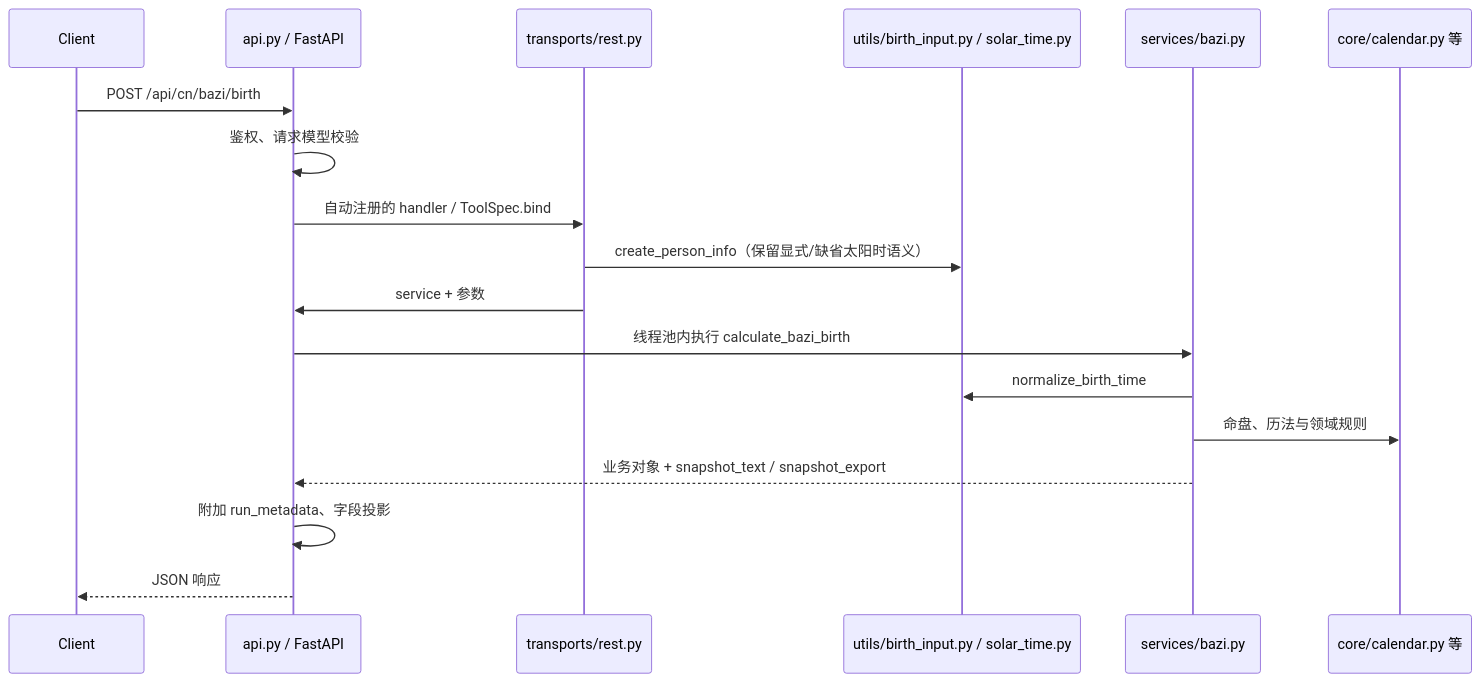
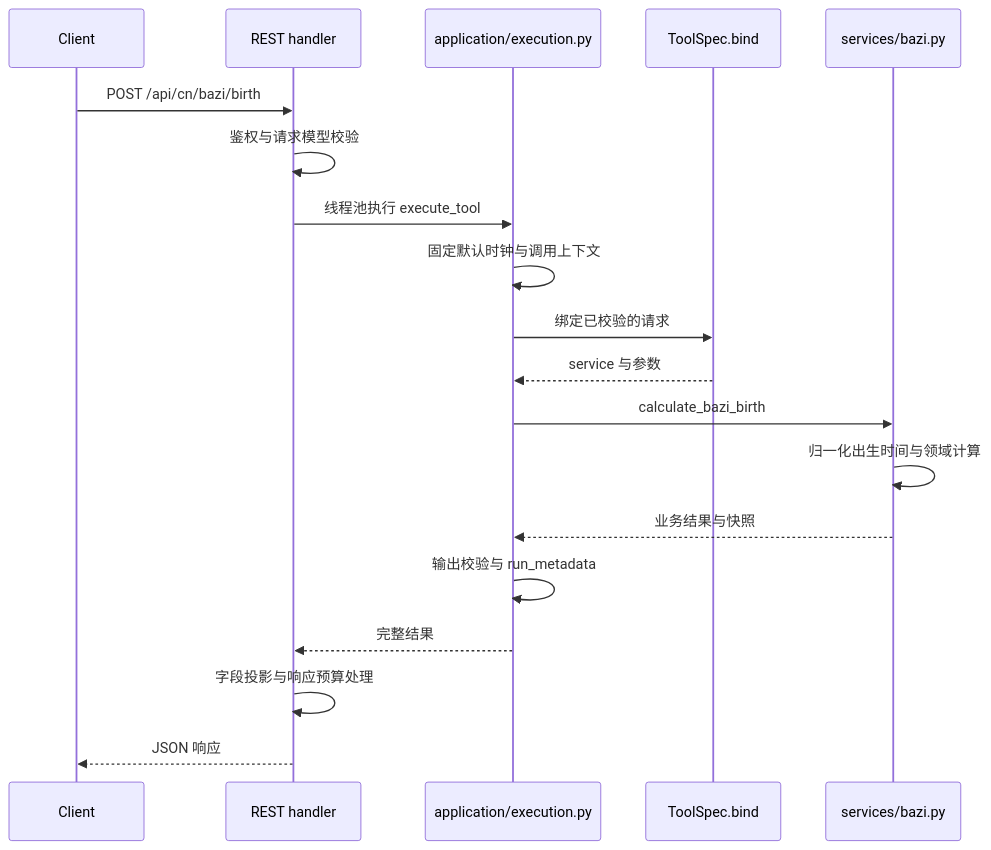
The second of 2 diagrams in docs/architecture.md (thomas-yanxin/FateBridge), drawn with Mermaid before and after one commit. The commit also changed other lines of this file and 164 other files, not shown here.

````diff
--- a/docs/architecture.md
+++ b/docs/architecture.md
@@ -60,20 +66,21 @@
 ```mermaid
 sequenceDiagram
     participant C as Client
-    participant A as api.py / FastAPI
-    participant R as transports/rest.py
-    participant H as utils/birth_input.py / solar_time.py
+    participant R as REST handler
+    participant E as application/execution.py
+    participant B as ToolSpec.bind
     participant S as services/bazi.py
-    participant D as core/calendar.py 等
-    C->>A: POST /api/cn/bazi/birth
-    A->>A: 鉴权、请求模型校验
-    A->>R: 自动注册的 handler / ToolSpec.bind
-    R->>H: create_person_info（保留显式/缺省太阳时语义）
-    R->>A: service + 参数
-    A->>S: 线程池内执行 calculate_bazi_birth
-    S->>H: normalize_birth_time
-    S->>D: 命盘、历法与领域规则
-    S-->>A: 业务对象 + snapshot_text / snapshot_export
-    A->>A: 附加 run_metadata、字段投影
-    A-->>C: JSON 响应
+    C->>R: POST /api/cn/bazi/birth
+    R->>R: 鉴权与请求模型校验
+    R->>E: 线程池执行 execute_tool
+    E->>E: 固定默认时钟与调用上下文
+    E->>B: 绑定已校验的请求
+    B-->>E: service 与参数
+    E->>S: calculate_bazi_birth
+    S->>S: 归一化出生时间与领域计算
+    S-->>E: 业务结果与快照
+    E->>E: 输出校验与 run_metadata
+    E-->>R: 完整结果
+    R->>R: 字段投影与响应预算处理
+    R-->>C: JSON 响应
 ```
````
